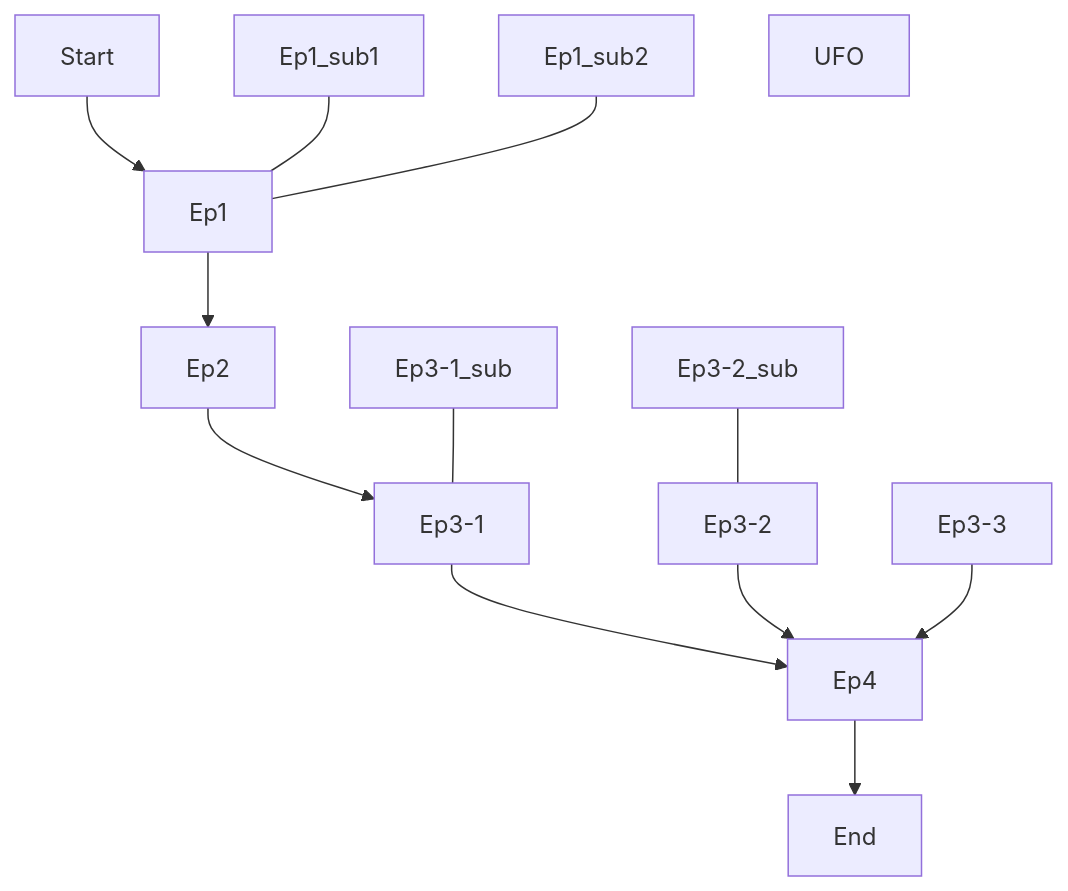
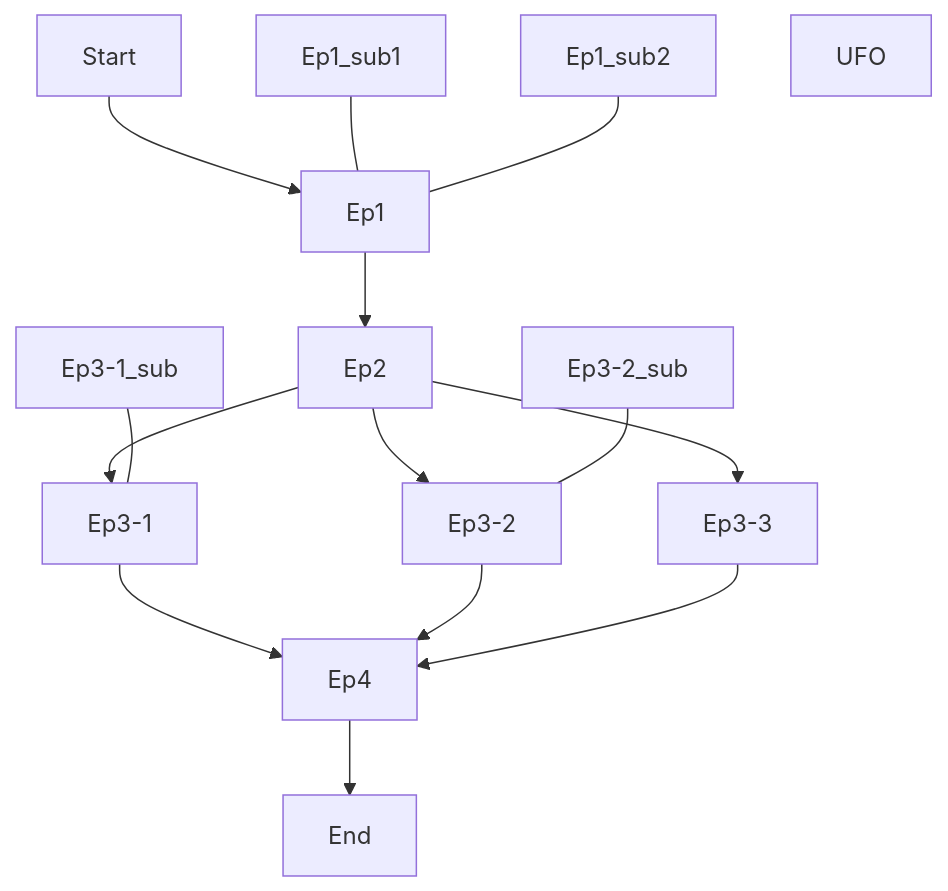
Before and after one commit to Pottal/JSON_Canvas_to_Markdown: the diagram in README.md, drawn with Mermaid.

````diff
--- a/README.md
+++ b/README.md
@@ -19,11 +19,11 @@
 ```mermaid
 flowchart TD
     A[Start] --> B[Ep1] -->C[Ep2]-->D1[Ep3-1]-->E[Ep4]-->F[End]
     Bsub[Ep1_sub1]---B
     B2[Ep1_sub2]---B
-    D2[Ep3-2]-->E
-    D3[Ep3-3]-->E
+    C-->D2[Ep3-2]-->E
+    C-->D3[Ep3-3]-->E
     D1sub1[Ep3-1_sub]---D1
     D2sub1[Ep3-2_sub]---D2
     UFO
 ```
````
